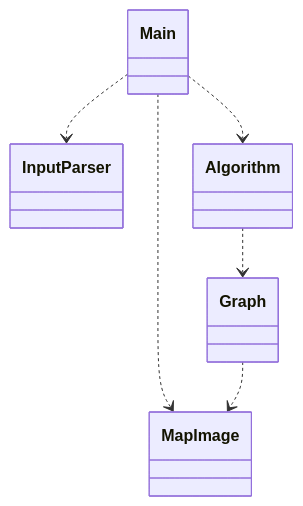
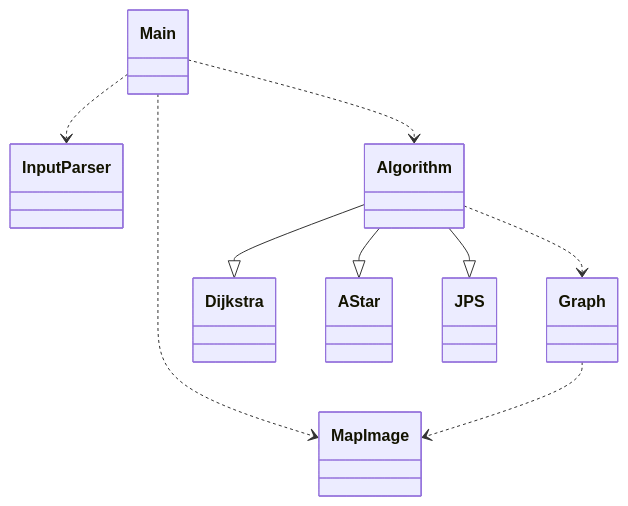
Before and after one commit to antonlep/shortest-path: the diagram in documentation/implementation.md, drawn with Mermaid.

````diff
--- a/documentation/implementation.md
+++ b/documentation/implementation.md
@@ -3,18 +3,27 @@
 ```mermaid
  classDiagram
       Main ..> InputParser
       Main ..> Algorithm
       Main ..> MapImage
       Algorithm ..> Graph
       Graph ..> MapImage
+      Algorithm --|> Dijkstra
+      Algorithm --|> AStar
+      Algorithm --|> JPS
       class Main{
       }
       class InputParser{
       }
       class Algorithm{
       }
       class MapImage{
       }
       class Graph{
       }
+      class Dijkstra{
+      }
+      class AStar{
+      }
+      class JPS{
+      }
 ```
````
